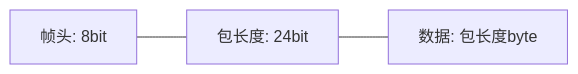
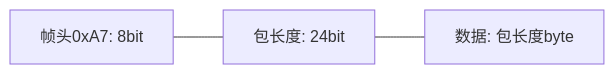
One commit to River-zzZ25/breeze-modules changed the diagram in modules/communicator/README.md. Above: the diagram before and after it, drawn with Mermaid. The commit also changed 2 other files, not shown here.

Commit message:
impl(communicator): 实现 `RawConvert`

````diff
--- a/modules/communicator/README.md
+++ b/modules/communicator/README.md
@@ -21,4 +21,4 @@
 ```mermaid
 flowchart LR
-SOF[帧头: 8bit] --- LEN[包长度: 24bit] --- DATA[数据: 包长度byte]
+SOF[帧头0xA7: 8bit] --- LEN[包长度: 24bit] --- DATA[数据: 包长度byte]
 ```
````
